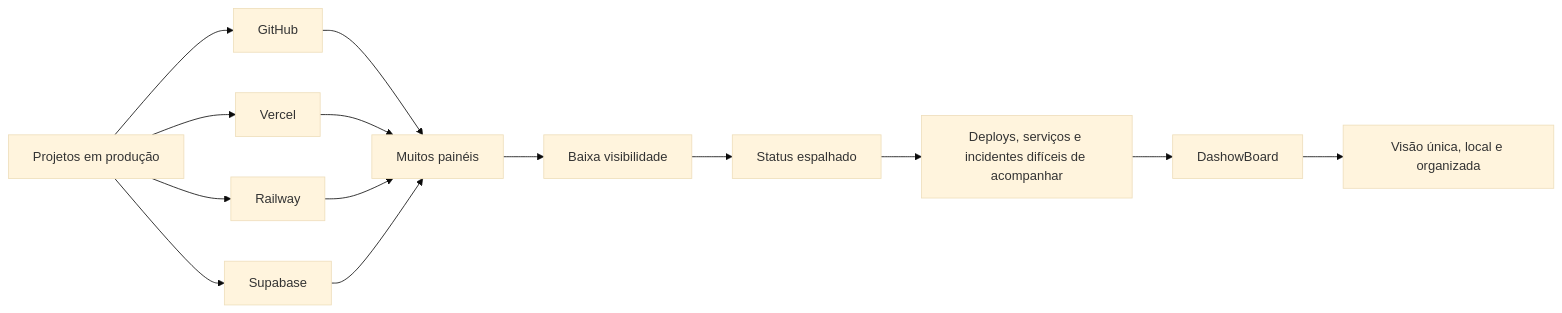
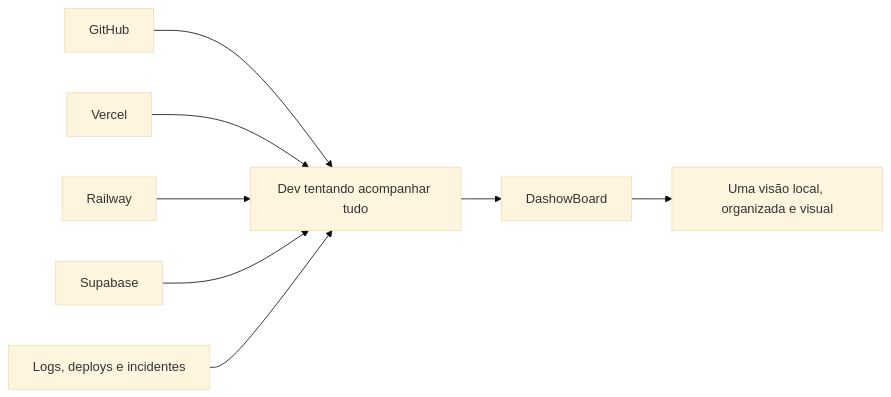
The first of 6 diagrams in README.md (EnzoCaetano015/dashowboard), drawn with Mermaid (base theme) before and after one commit. The commit also changed other lines of this file, not shown here.

````diff
--- a/README.md
+++ b/README.md
@@ -39,19 +47,11 @@
 ```mermaid
 flowchart LR
-    A[Projetos em produção] --> B[GitHub]
-    A --> C[Vercel]
-    A --> D[Railway]
-    A --> E[Supabase]
+    A[GitHub] --> E[Dev tentando acompanhar tudo]
+    B[Vercel] --> E
+    C[Railway] --> E
+    D[Supabase] --> E
+    F[Logs, deploys e incidentes] --> E
 
-    B --> F[Muitos painéis]
-    C --> F
-    D --> F
-    E --> F
-
-    F --> G[Baixa visibilidade]
-    G --> H[Status espalhado]
-    H --> I[Deploys, serviços e incidentes difíceis de acompanhar]
-
-    I --> J[DashowBoard]
-    J --> K[Visão única, local e organizada]
+    E --> G[DashowBoard]
+    G --> H[Uma visão local, organizada e visual]
 ```
````
